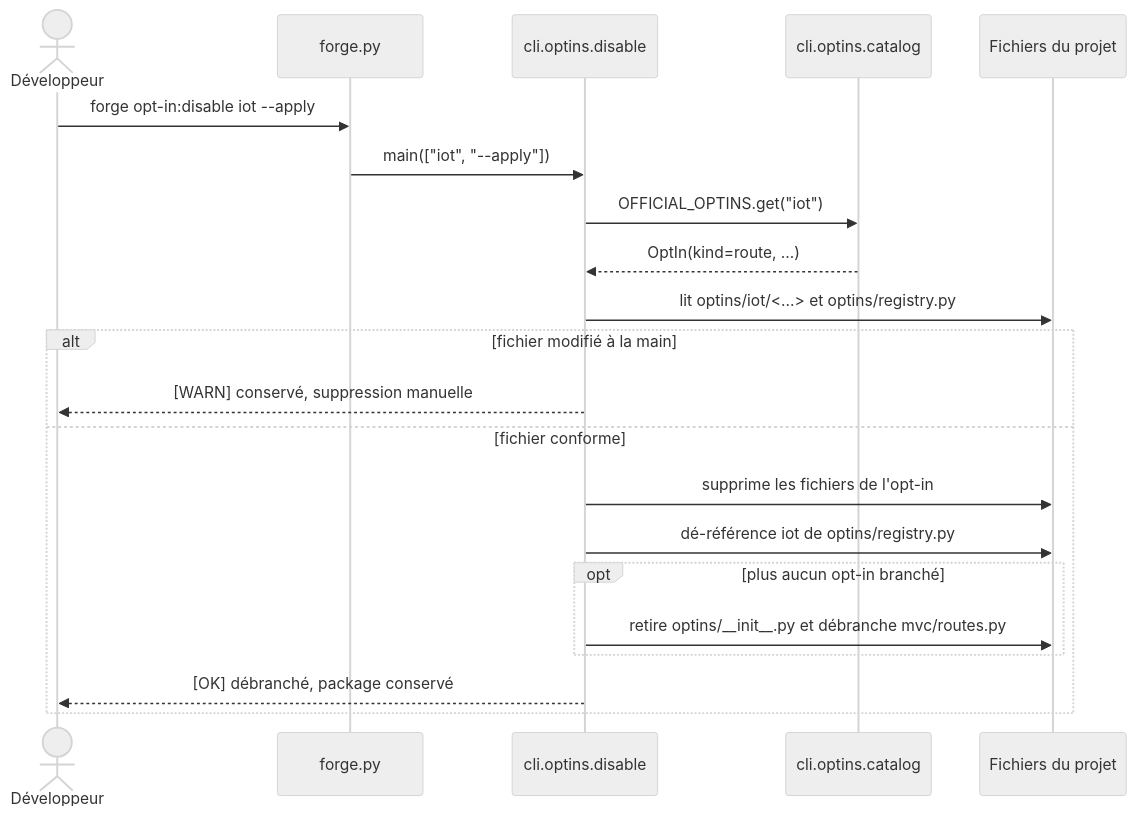
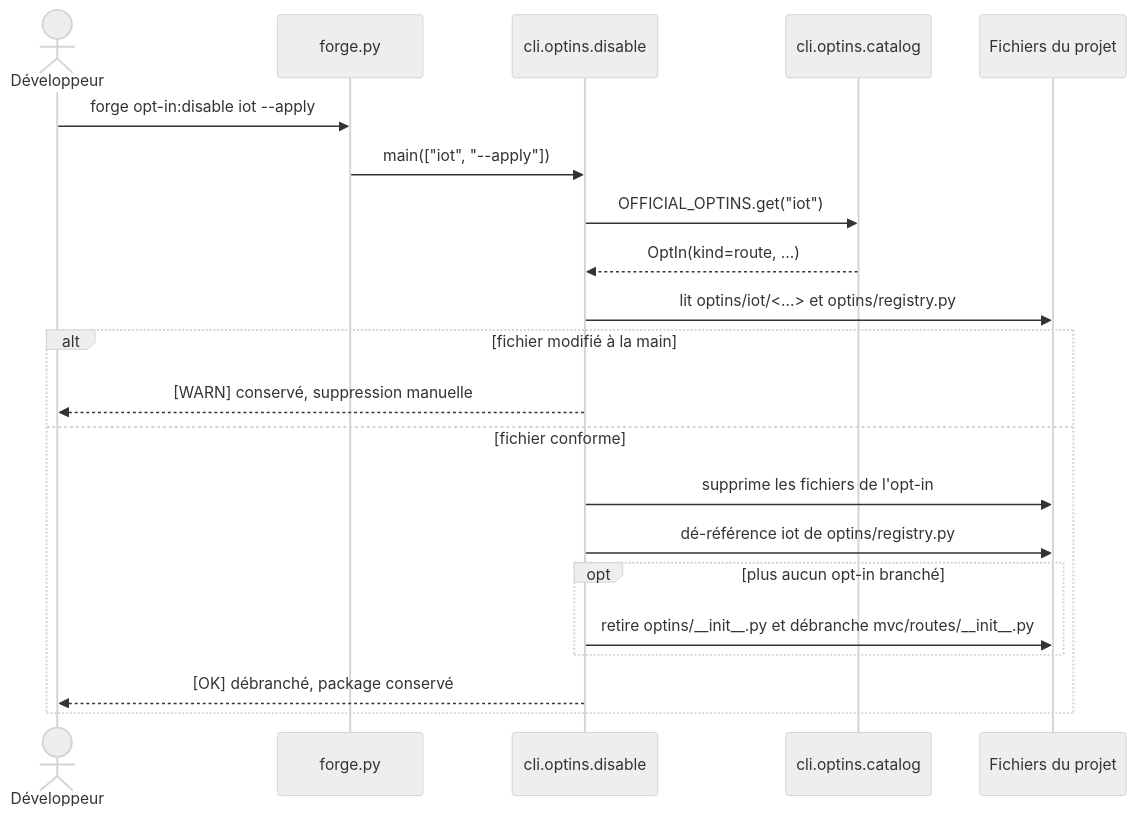
One commit to caucrogeGit/Forge changed the diagram in cli/optins/docs/disable.md. Above: the diagram before and after it, drawn with Mermaid (neutral theme). The commit also changed other lines of this file and 68 other files, not shown here.

First line of the commit message:
refactor(routes): éclater mvc/routes.py en paquet mvc/routes/ par contrôleur (ADR-068)

````diff
--- a/cli/optins/docs/disable.md
+++ b/cli/optins/docs/disable.md
@@ -41,24 +41,24 @@
 ```mermaid
 sequenceDiagram
     actor Dev as Développeur
     participant Forge as forge.py
     participant Disable as cli.optins.disable
     participant Catalog as cli.optins.catalog
     participant FS as Fichiers du projet
 
     Dev->>Forge: forge opt-in:disable iot --apply
     Forge->>Disable: main(["iot", "--apply"])
     Disable->>Catalog: OFFICIAL_OPTINS.get("iot")
     Catalog-->>Disable: OptIn(kind=route, ...)
     Disable->>FS: lit optins/iot/<...> et optins/registry.py
     alt fichier modifié à la main
         Disable-->>Dev: [WARN] conservé, suppression manuelle
     else fichier conforme
         Disable->>FS: supprime les fichiers de l'opt-in
         Disable->>FS: dé-référence iot de optins/registry.py
         opt plus aucun opt-in branché
-            Disable->>FS: retire optins/__init__.py et débranche mvc/routes.py
+            Disable->>FS: retire optins/__init__.py et débranche mvc/routes/__init__.py
         end
         Disable-->>Dev: [OK] débranché, package conservé
     end
 ```
````
